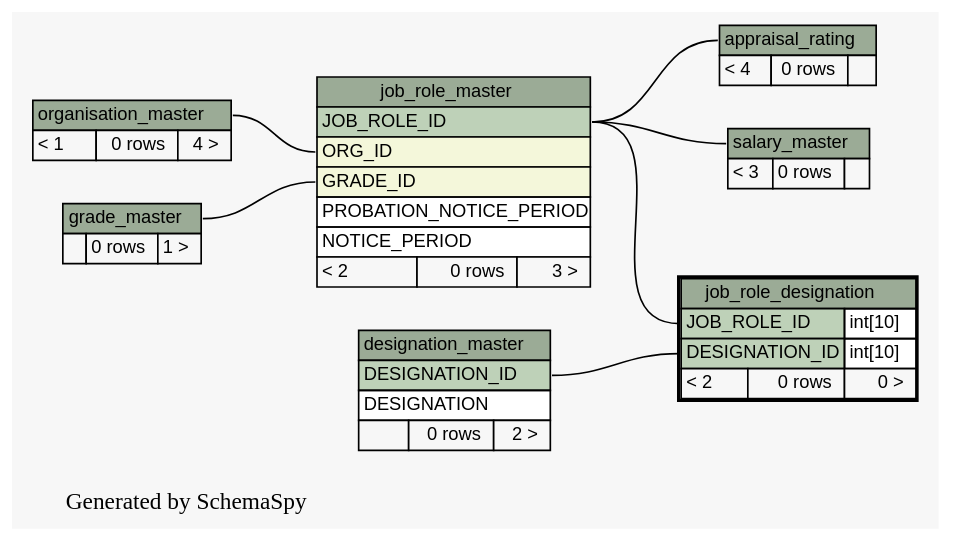
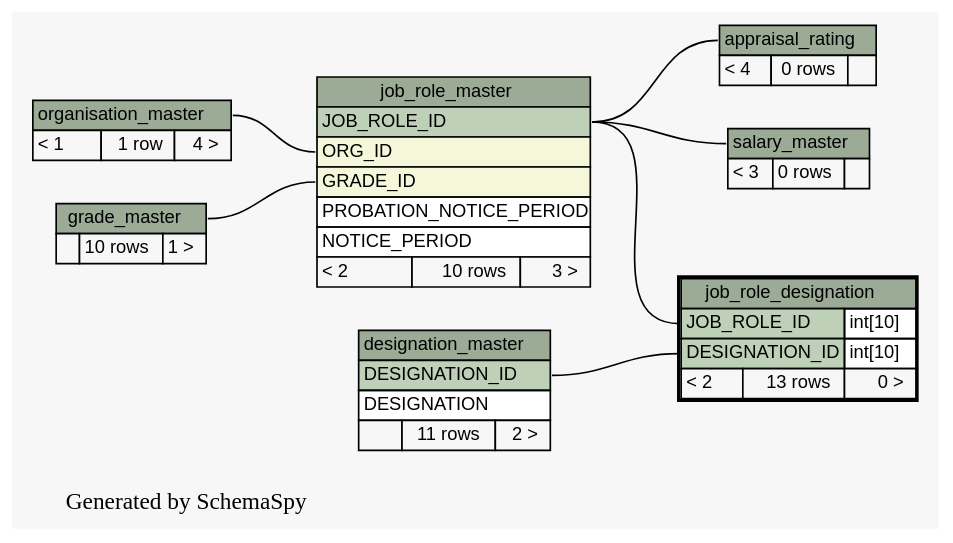
The diagram in docs/database/schemaspy/graphs/job_role_designation.2degrees.dot (engineerscraft/hrms), drawn with Graphviz before and after one commit. The commit also changed 174 other files, not shown here.

```diff
--- a/docs/database/schemaspy/graphs/job_role_designation.2degrees.dot
+++ b/docs/database/schemaspy/graphs/job_role_designation.2degrees.dot
@@ -1,95 +1,95 @@
 // dot 2.38.0 on Windows 7 6.1
 digraph "twoDegreesRelationshipsGraph" {
   graph [
     rankdir="RL"
     bgcolor="#f7f7f7"
     label="\nGenerated by SchemaSpy"
     labeljust="l"
   ];
   node [
     fontname="Helvetica"
     fontsize="11"
     shape="plaintext"
   ];
   edge [
     arrowsize="0.8"
   ];
   "appraisal_rating":"appraisal_rating.heading":w -> "job_role_master":"JOB_ROLE_ID":e [arrowtail=crowodot arrowhead=none];
   "job_role_designation":"DESIGNATION_ID":w -> "designation_master":"DESIGNATION_ID":e [arrowtail=crowtee arrowhead=none];
   "job_role_designation":"JOB_ROLE_ID":w -> "job_role_master":"JOB_ROLE_ID":e [arrowtail=crowtee arrowhead=none];
   "job_role_master":"GRADE_ID":w -> "grade_master":"grade_master.heading":e [arrowtail=crowtee arrowhead=none];
   "job_role_master":"ORG_ID":w -> "organisation_master":"organisation_master.heading":e [arrowtail=crowtee arrowhead=none];
   "salary_master":"salary_master.heading":w -> "job_role_master":"JOB_ROLE_ID":e [arrowtail=crowtee arrowhead=none];
   "appraisal_rating" [
     label=<
     <TABLE BORDER="0" CELLBORDER="1" CELLSPACING="0" BGCOLOR="#ffffff">
       <TR><TD PORT="appraisal_rating.heading" COLSPAN="3" BGCOLOR="#9bab96" ALIGN="CENTER">appraisal_rating</TD></TR>
       <TR><TD ALIGN="LEFT" BGCOLOR="#f7f7f7">&lt; 4</TD><TD ALIGN="RIGHT" BGCOLOR="#f7f7f7">0 rows</TD><TD ALIGN="RIGHT" BGCOLOR="#f7f7f7">  </TD></TR>
     </TABLE>>
     URL="appraisal_rating.html#graph"
     tooltip="appraisal_rating"
   ];
   "designation_master" [
     label=<
     <TABLE BORDER="0" CELLBORDER="1" CELLSPACING="0" BGCOLOR="#ffffff">
       <TR><TD PORT="designation_master.heading" COLSPAN="3" BGCOLOR="#9bab96" ALIGN="CENTER">designation_master</TD></TR>
       <TR><TD PORT="DESIGNATION_ID" COLSPAN="3" BGCOLOR="#bed1b8" ALIGN="LEFT">DESIGNATION_ID</TD></TR>
       <TR><TD PORT="DESIGNATION" COLSPAN="3" ALIGN="LEFT">DESIGNATION</TD></TR>
-      <TR><TD ALIGN="LEFT" BGCOLOR="#f7f7f7">  </TD><TD ALIGN="RIGHT" BGCOLOR="#f7f7f7">0 rows</TD><TD ALIGN="RIGHT" BGCOLOR="#f7f7f7">2 &gt;</TD></TR>
+      <TR><TD ALIGN="LEFT" BGCOLOR="#f7f7f7">  </TD><TD ALIGN="RIGHT" BGCOLOR="#f7f7f7">11 rows</TD><TD ALIGN="RIGHT" BGCOLOR="#f7f7f7">2 &gt;</TD></TR>
     </TABLE>>
     URL="designation_master.html#graph"
     tooltip="designation_master"
   ];
   "grade_master" [
     label=<
     <TABLE BORDER="0" CELLBORDER="1" CELLSPACING="0" BGCOLOR="#ffffff">
       <TR><TD PORT="grade_master.heading" COLSPAN="3" BGCOLOR="#9bab96" ALIGN="CENTER">grade_master</TD></TR>
-      <TR><TD ALIGN="LEFT" BGCOLOR="#f7f7f7">  </TD><TD ALIGN="RIGHT" BGCOLOR="#f7f7f7">0 rows</TD><TD ALIGN="RIGHT" BGCOLOR="#f7f7f7">1 &gt;</TD></TR>
+      <TR><TD ALIGN="LEFT" BGCOLOR="#f7f7f7">  </TD><TD ALIGN="RIGHT" BGCOLOR="#f7f7f7">10 rows</TD><TD ALIGN="RIGHT" BGCOLOR="#f7f7f7">1 &gt;</TD></TR>
     </TABLE>>
     URL="grade_master.html#graph"
     tooltip="grade_master"
   ];
   "job_role_designation" [
     label=<
     <TABLE BORDER="2" CELLBORDER="1" CELLSPACING="0" BGCOLOR="#ffffff">
       <TR><TD PORT="job_role_designation.heading" COLSPAN="3" BGCOLOR="#9bab96" ALIGN="CENTER">job_role_designation</TD></TR>
       <TR><TD PORT="JOB_ROLE_ID" COLSPAN="2" BGCOLOR="#bed1b8" ALIGN="LEFT">JOB_ROLE_ID</TD><TD PORT="JOB_ROLE_ID.type" ALIGN="LEFT">int[10]</TD></TR>
       <TR><TD PORT="DESIGNATION_ID" COLSPAN="2" BGCOLOR="#bed1b8" ALIGN="LEFT">DESIGNATION_ID</TD><TD PORT="DESIGNATION_ID.type" ALIGN="LEFT">int[10]</TD></TR>
-      <TR><TD ALIGN="LEFT" BGCOLOR="#f7f7f7">&lt; 2</TD><TD ALIGN="RIGHT" BGCOLOR="#f7f7f7">0 rows</TD><TD ALIGN="RIGHT" BGCOLOR="#f7f7f7">0 &gt;</TD></TR>
+      <TR><TD ALIGN="LEFT" BGCOLOR="#f7f7f7">&lt; 2</TD><TD ALIGN="RIGHT" BGCOLOR="#f7f7f7">13 rows</TD><TD ALIGN="RIGHT" BGCOLOR="#f7f7f7">0 &gt;</TD></TR>
     </TABLE>>
     URL="job_role_designation.html#"
     tooltip="job_role_designation"
   ];
   "job_role_master" [
     label=<
     <TABLE BORDER="0" CELLBORDER="1" CELLSPACING="0" BGCOLOR="#ffffff">
       <TR><TD PORT="job_role_master.heading" COLSPAN="3" BGCOLOR="#9bab96" ALIGN="CENTER">job_role_master</TD></TR>
       <TR><TD PORT="JOB_ROLE_ID" COLSPAN="3" BGCOLOR="#bed1b8" ALIGN="LEFT">JOB_ROLE_ID</TD></TR>
       <TR><TD PORT="ORG_ID" COLSPAN="3" BGCOLOR="#f4f7da" ALIGN="LEFT">ORG_ID</TD></TR>
       <TR><TD PORT="GRADE_ID" COLSPAN="3" BGCOLOR="#f4f7da" ALIGN="LEFT">GRADE_ID</TD></TR>
       <TR><TD PORT="PROBATION_NOTICE_PERIOD" COLSPAN="3" ALIGN="LEFT">PROBATION_NOTICE_PERIOD</TD></TR>
       <TR><TD PORT="NOTICE_PERIOD" COLSPAN="3" ALIGN="LEFT">NOTICE_PERIOD</TD></TR>
-      <TR><TD ALIGN="LEFT" BGCOLOR="#f7f7f7">&lt; 2</TD><TD ALIGN="RIGHT" BGCOLOR="#f7f7f7">0 rows</TD><TD ALIGN="RIGHT" BGCOLOR="#f7f7f7">3 &gt;</TD></TR>
+      <TR><TD ALIGN="LEFT" BGCOLOR="#f7f7f7">&lt; 2</TD><TD ALIGN="RIGHT" BGCOLOR="#f7f7f7">10 rows</TD><TD ALIGN="RIGHT" BGCOLOR="#f7f7f7">3 &gt;</TD></TR>
     </TABLE>>
     URL="job_role_master.html#graph"
     tooltip="job_role_master"
   ];
   "organisation_master" [
     label=<
     <TABLE BORDER="0" CELLBORDER="1" CELLSPACING="0" BGCOLOR="#ffffff">
       <TR><TD PORT="organisation_master.heading" COLSPAN="3" BGCOLOR="#9bab96" ALIGN="CENTER">organisation_master</TD></TR>
-      <TR><TD ALIGN="LEFT" BGCOLOR="#f7f7f7">&lt; 1</TD><TD ALIGN="RIGHT" BGCOLOR="#f7f7f7">0 rows</TD><TD ALIGN="RIGHT" BGCOLOR="#f7f7f7">4 &gt;</TD></TR>
+      <TR><TD ALIGN="LEFT" BGCOLOR="#f7f7f7">&lt; 1</TD><TD ALIGN="RIGHT" BGCOLOR="#f7f7f7">1 row</TD><TD ALIGN="RIGHT" BGCOLOR="#f7f7f7">4 &gt;</TD></TR>
     </TABLE>>
     URL="organisation_master.html#graph"
     tooltip="organisation_master"
   ];
   "salary_master" [
     label=<
     <TABLE BORDER="0" CELLBORDER="1" CELLSPACING="0" BGCOLOR="#ffffff">
       <TR><TD PORT="salary_master.heading" COLSPAN="3" BGCOLOR="#9bab96" ALIGN="CENTER">salary_master</TD></TR>
       <TR><TD ALIGN="LEFT" BGCOLOR="#f7f7f7">&lt; 3</TD><TD ALIGN="RIGHT" BGCOLOR="#f7f7f7">0 rows</TD><TD ALIGN="RIGHT" BGCOLOR="#f7f7f7">  </TD></TR>
     </TABLE>>
     URL="salary_master.html#graph"
     tooltip="salary_master"
   ];
 }
```
